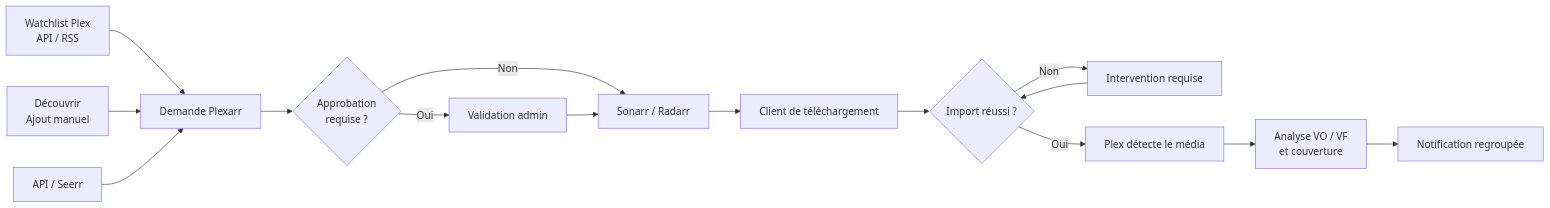
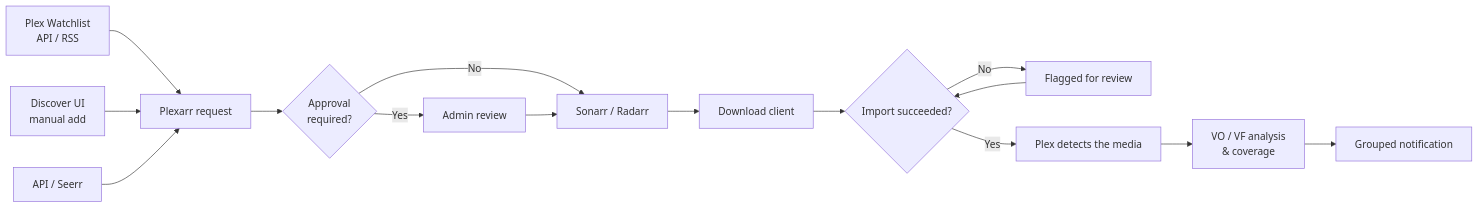
Before and after one commit to remi-deher/plex-rss: the first of 2 diagrams in README.md, drawn with Mermaid. The commit also changed other lines of this file and 3 other files, not shown here.

````diff
--- a/README.md
+++ b/README.md
@@ -78,17 +82,17 @@
 ```mermaid
 flowchart LR
-    A["Watchlist Plex<br/>API / RSS"] --> D["Demande Plexarr"]
-    B["Découvrir<br/>Ajout manuel"] --> D
+    A["Plex Watchlist<br/>API / RSS"] --> D["Plexarr request"]
+    B["Discover UI<br/>manual add"] --> D
     C["API / Seerr"] --> D
-    D --> E{"Approbation<br/>requise ?"}
-    E -->|Oui| F["Validation admin"]
-    E -->|Non| G["Sonarr / Radarr"]
+    D --> E{"Approval<br/>required?"}
+    E -->|Yes| F["Admin review"]
+    E -->|No| G["Sonarr / Radarr"]
     F --> G
-    G --> H["Client de téléchargement"]
-    H --> I{"Import réussi ?"}
-    I -->|Non| J["Intervention requise"]
+    G --> H["Download client"]
+    H --> I{"Import succeeded?"}
+    I -->|No| J["Flagged for review"]
     J --> I
-    I -->|Oui| K["Plex détecte le média"]
-    K --> L["Analyse VO / VF<br/>et couverture"]
-    L --> M["Notification regroupée"]
+    I -->|Yes| K["Plex detects the media"]
+    K --> L["VO / VF analysis<br/>& coverage"]
+    L --> M["Grouped notification"]
 ```
````
